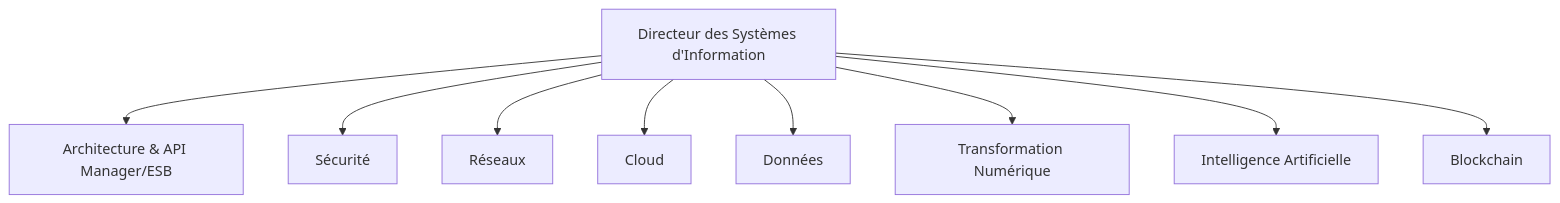
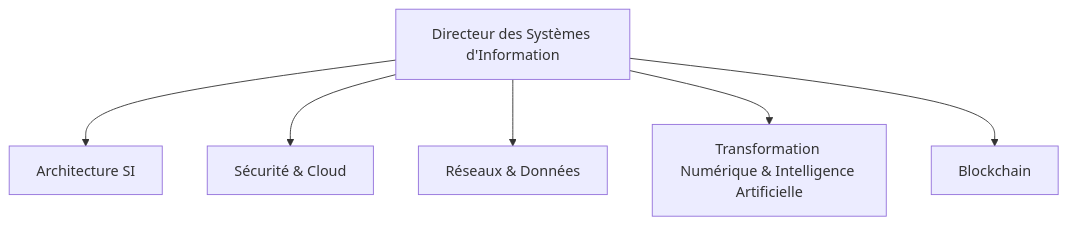
Before and after one commit to sanogotech/preparationCertificationCCNA: the first of 6 diagrams in TestSchema.md, drawn with Mermaid. The commit also changed other lines of this file, not shown here.

````diff
--- a/TestSchema.md
+++ b/TestSchema.md
@@ -5,11 +5,8 @@
 ```mermaid
 graph TD
-    A[Directeur des Systèmes d'Information] --> B[Architecture & API Manager/ESB]
-    A --> C[Sécurité]
-    A --> D[Réseaux]
-    A --> E[Cloud]
-    A --> F[Données]
-    A --> G[Transformation Numérique]
-    A --> I[Intelligence Artificielle]
+    A[Directeur des Systèmes d'Information] --> B[Architecture SI]
+    A --> C[Sécurité & Cloud]
+    A --> D[Réseaux & Données]
+    A --> G[Transformation Numérique & Intelligence Artificielle]
     A --> J[Blockchain]
 ```
````
